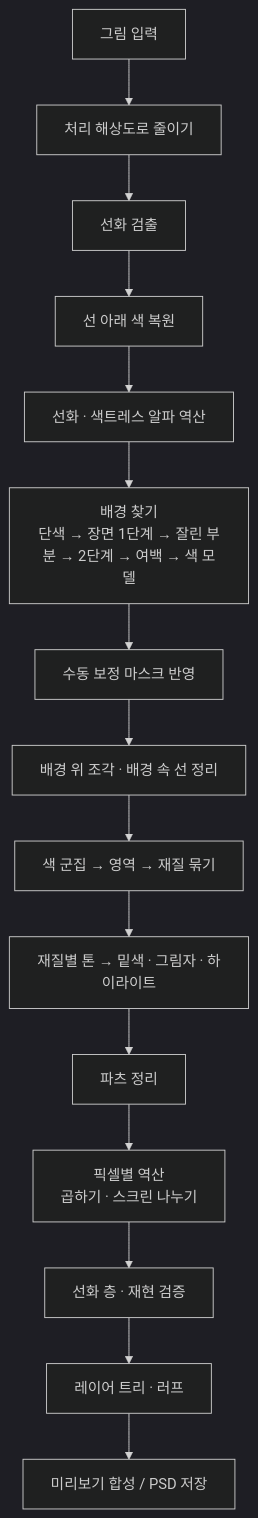
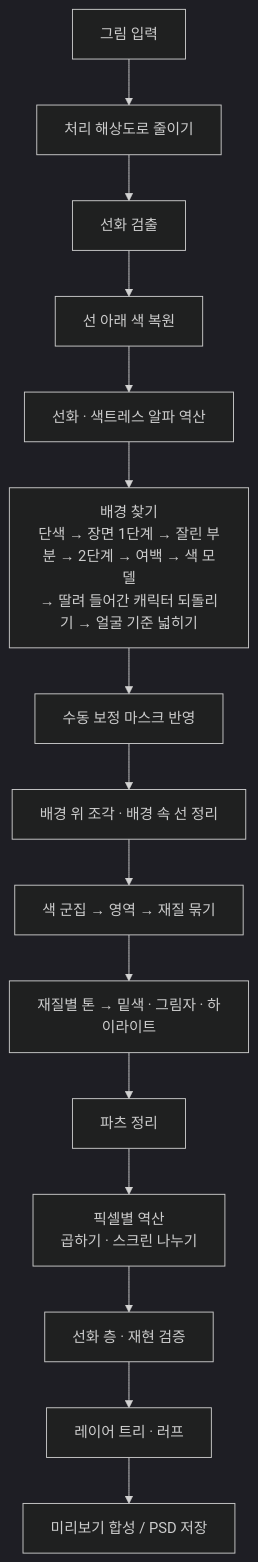
Before and after one commit to Velvitty/Illustracy: the diagram in README.md, drawn with Mermaid (dark theme). The commit also changed other lines of this file and 1 other file, not shown here.

````diff
--- a/README.md
+++ b/README.md
@@ -229,17 +232,17 @@
 ```mermaid
 flowchart TD
   A[그림 입력] --> B[처리 해상도로 줄이기]
   B --> C[선화 검출]
   C --> D[선 아래 색 복원]
   D --> E[선화 · 색트레스 알파 역산]
-  E --> F[배경 찾기<br/>단색 → 장면 1단계 → 잘린 부분 → 2단계 → 여백 → 색 모델]
+  E --> F[배경 찾기<br/>단색 → 장면 1단계 → 잘린 부분 → 2단계 → 여백 → 색 모델<br/>→ 딸려 들어간 캐릭터 되돌리기 → 얼굴 기준 넓히기]
   F --> G[수동 보정 마스크 반영]
   G --> H[배경 위 조각 · 배경 속 선 정리]
   H --> I[색 군집 → 영역 → 재질 묶기]
   I --> J[재질별 톤 → 밑색 · 그림자 · 하이라이트]
   J --> K[파츠 정리]
   K --> L[픽셀별 역산<br/>곱하기 · 스크린 나누기]
   L --> M[선화 층 · 재현 검증]
   M --> N[레이어 트리 · 러프]
   N --> O[미리보기 합성 / PSD 저장]
 ```
````
